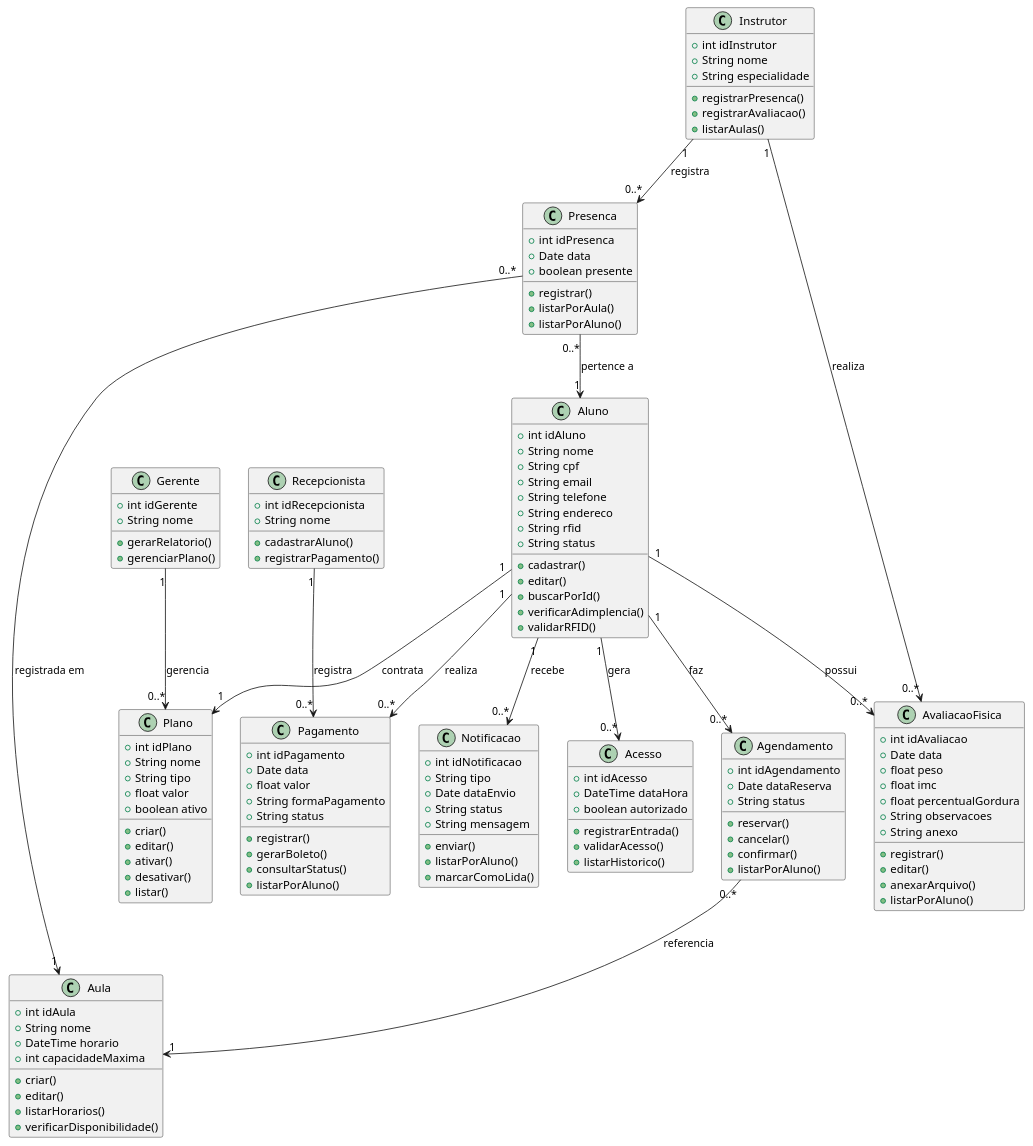
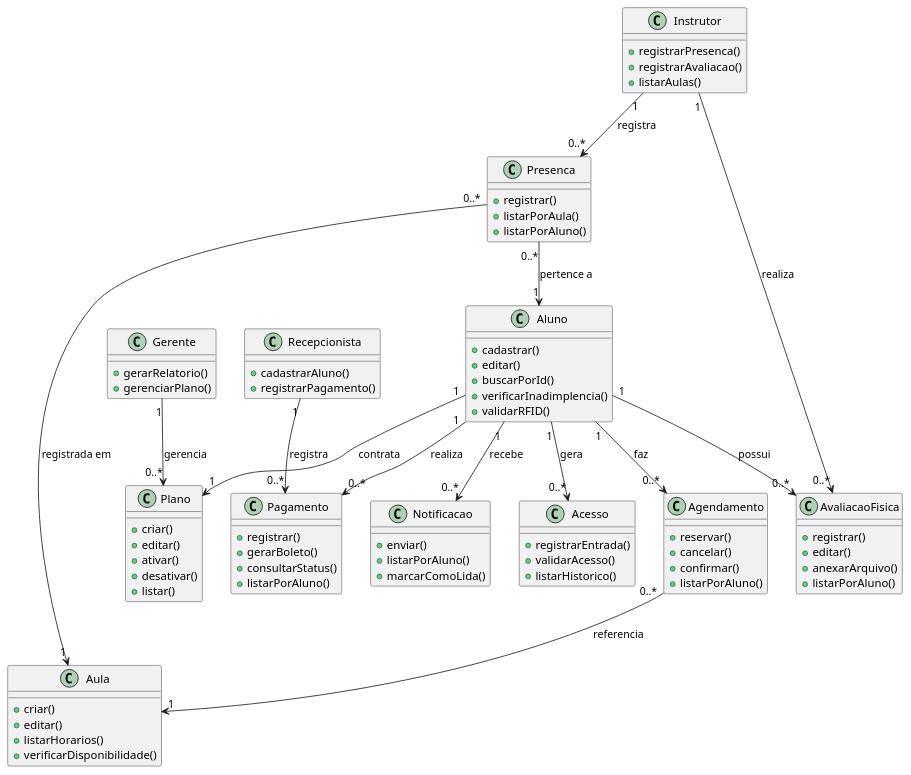
One commit to ericbgdev/fitpass_classes changed the diagram in docs/5_Metodo.md. Above: the diagram before and after it, drawn with PlantUML. The commit also changed other lines of this file, not shown here.

Commit message:
Update UML diagram and class attributes

```diff
--- a/docs/5_Metodo.md
+++ b/docs/5_Metodo.md
@@ -3,27 +3,14 @@
 @startuml
 
 class Aluno {
-  +int idAluno
-  +String nome
-  +String cpf
-  +String email
-  +String telefone
-  +String endereco
-  +String rfid
-  +String status
   +cadastrar()
   +editar()
   +buscarPorId()
-  +verificarAdimplencia()
+  +verificarInadimplencia()
   +validarRFID()
 }
 
 class Plano {
-  +int idPlano
-  +String nome
-  +String tipo
-  +float valor
-  +boolean ativo
   +criar()
   +editar()
   +ativar()
@@ -32,11 +19,6 @@
 }
 
 class Pagamento {
-  +int idPagamento
-  +Date data
-  +float valor
-  +String formaPagamento
-  +String status
   +registrar()
   +gerarBoleto()
   +consultarStatus()
@@ -44,19 +26,12 @@
 }
 
 class Acesso {
-  +int idAcesso
-  +DateTime dataHora
-  +boolean autorizado
   +registrarEntrada()
   +validarAcesso()
   +listarHistorico()
 }
 
 class Aula {
-  +int idAula
-  +String nome
-  +DateTime horario
-  +int capacidadeMaxima
   +criar()
   +editar()
   +listarHorarios()
@@ -64,9 +39,6 @@
 }
 
 class Agendamento {
-  +int idAgendamento
-  +Date dataReserva
-  +String status
   +reservar()
   +cancelar()
   +confirmar()
@@ -74,22 +46,12 @@
 }
 
 class Presenca {
-  +int idPresenca
-  +Date data
-  +boolean presente
   +registrar()
   +listarPorAula()
   +listarPorAluno()
 }
 
 class AvaliacaoFisica {
-  +int idAvaliacao
-  +Date data
-  +float peso
-  +float imc
-  +float percentualGordura
-  +String observacoes
-  +String anexo
   +registrar()
   +editar()
   +anexarArquivo()
@@ -97,53 +59,41 @@
 }
 
 class Notificacao {
-  +int idNotificacao
-  +String tipo
-  +Date dataEnvio
-  +String status
-  +String mensagem
   +enviar()
   +listarPorAluno()
   +marcarComoLida()
 }
 
 class Instrutor {
-  +int idInstrutor
-  +String nome
-  +String especialidade
   +registrarPresenca()
   +registrarAvaliacao()
   +listarAulas()
 }
 
 class Recepcionista {
-  +int idRecepcionista
-  +String nome
   +cadastrarAluno()
   +registrarPagamento()
 }
 
 class Gerente {
-  +int idGerente
-  +String nome
   +gerarRelatorio()
   +gerenciarPlano()
 }
 
-Aluno "1" --> "1"    Plano          : contrata
-Aluno "1" --> "0..*" Pagamento      : realiza
-Aluno "1" --> "0..*" Acesso         : gera
-Aluno "1" --> "0..*" Agendamento    : faz
+Aluno "1" --> "1"    Plano           : contrata
+Aluno "1" --> "0..*" Pagamento       : realiza
+Aluno "1" --> "0..*" Acesso          : gera
+Aluno "1" --> "0..*" Agendamento     : faz
 Aluno "1" --> "0..*" AvaliacaoFisica : possui
-Aluno "1" --> "0..*" Notificacao    : recebe
+Aluno "1" --> "0..*" Notificacao     : recebe
 
 Agendamento "0..*" --> "1"    Aula    : referencia
 Presenca    "0..*" --> "1"    Aula    : registrada em
 Presenca    "0..*" --> "1"    Aluno   : pertence a
 
-Instrutor    "1" --> "0..*" Presenca       : registra
-Instrutor    "1" --> "0..*" AvaliacaoFisica : realiza
-Recepcionista "1" --> "0..*" Pagamento     : registra
-Gerente       "1" --> "0..*" Plano         : gerencia
+Instrutor     "1" --> "0..*" Presenca        : registra
+Instrutor     "1" --> "0..*" AvaliacaoFisica : realiza
+Recepcionista "1" --> "0..*" Pagamento       : registra
+Gerente       "1" --> "0..*" Plano           : gerencia
 
 @enduml
```
